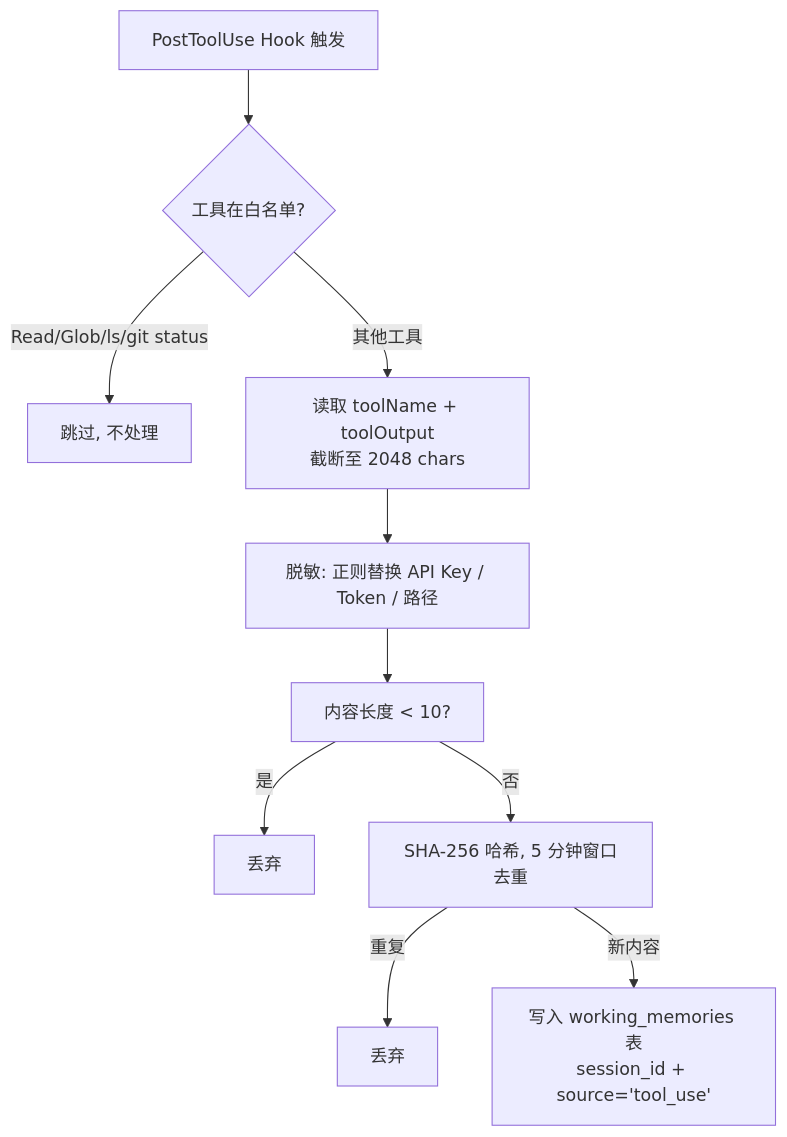
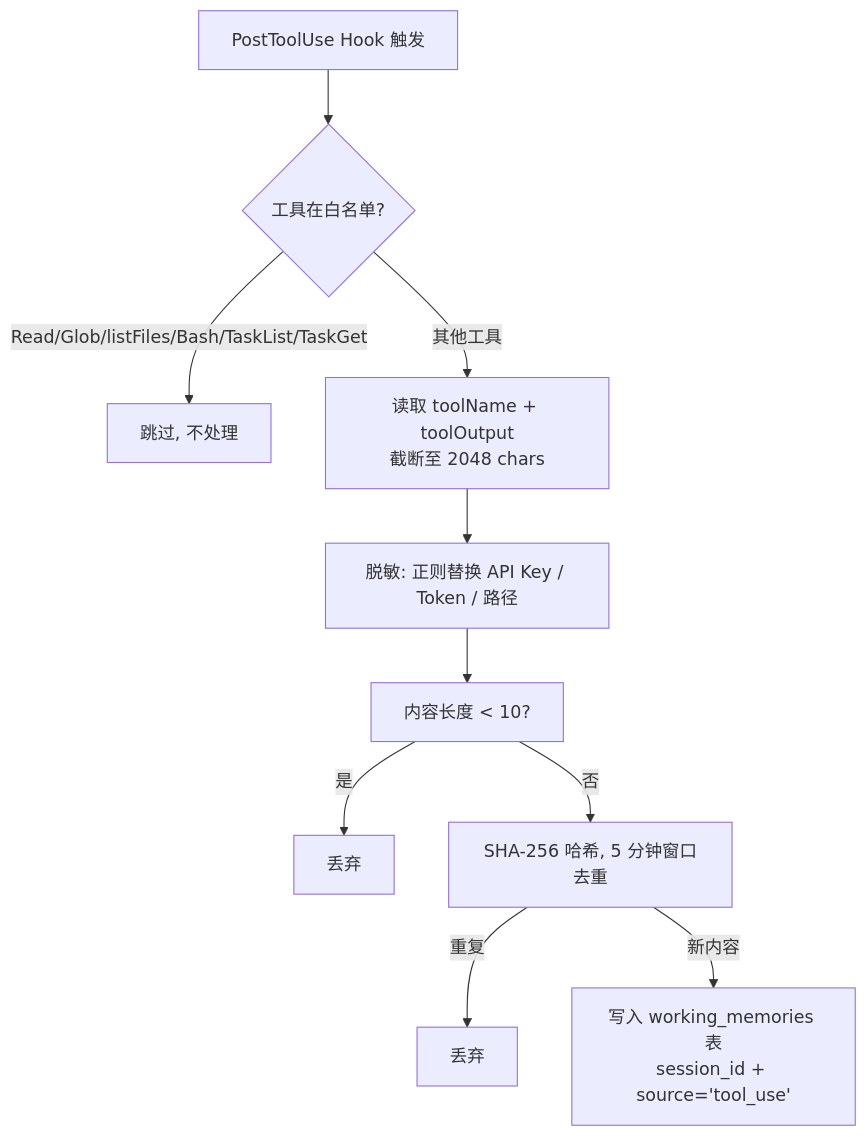
Before and after one commit to Lucas-lgm/clio: the fourth of 11 diagrams in docs/architecture.md, drawn with Mermaid. The commit also changed other lines of this file, not shown here.

First line of the commit message:
docs: fix architecture document to match implementation

````diff
--- a/docs/architecture.md
+++ b/docs/architecture.md
@@ -275,12 +279,12 @@
 ```mermaid
 flowchart TD
     A[PostToolUse Hook 触发] --> B{工具在白名单?}
-    B -->|Read/Glob/ls/git status| C[跳过, 不处理]
+    B -->|Read/Glob/listFiles/Bash/TaskList/TaskGet| C[跳过, 不处理]
     B -->|其他工具| D["读取 toolName + toolOutput<br>截断至 2048 chars"]
     D --> E[脱敏: 正则替换 API Key / Token / 路径]
     E --> F[内容长度 < 10?]
     F -->|是| G[丢弃]
     F -->|否| H[SHA-256 哈希, 5 分钟窗口去重]
     H -->|重复| I[丢弃]
     H -->|新内容| J["写入 working_memories 表<br>session_id + source='tool_use'"]
 ```
````
